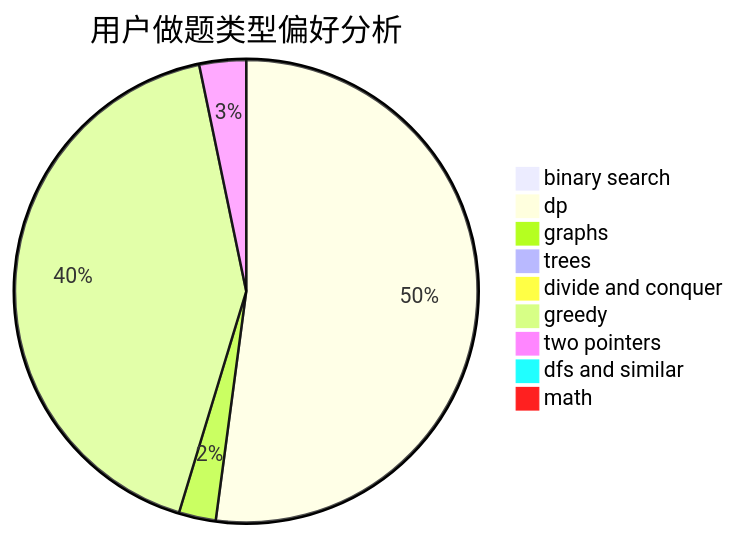
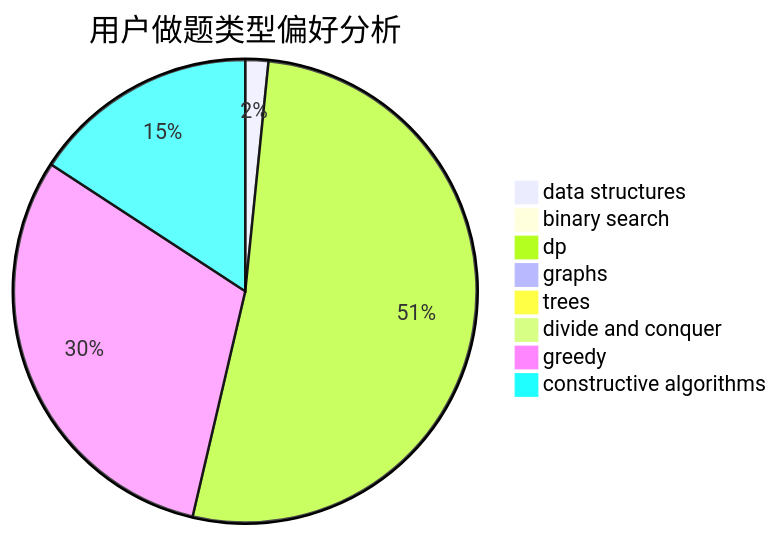
The second of 3 diagrams in docs/user/u2536.md (sherpahu/cfrs.github.io), drawn with Mermaid before and after one commit. The commit also changed other lines of this file and 2775 other files, not shown here.

````diff
--- a/docs/user/u2536.md
+++ b/docs/user/u2536.md
@@ -23,12 +23,11 @@
 ```mermaid
 pie title 用户做题类型偏好分析
-    "binary search" :  6
-    "dp" :  383
-    "graphs" :  19
+    "data structures" :  11
+    "binary search" :  2
+    "dp" :  356
+    "graphs" :  5
     "trees" :  7
-    "divide and conquer" :  7
-    "greedy" :  309
-    "two pointers" :  24
-    "dfs and similar" :  5
-    "math" :  5
+    "divide and conquer" :  5
+    "greedy" :  209
+    "constructive algorithms" :  108
 ```
````
